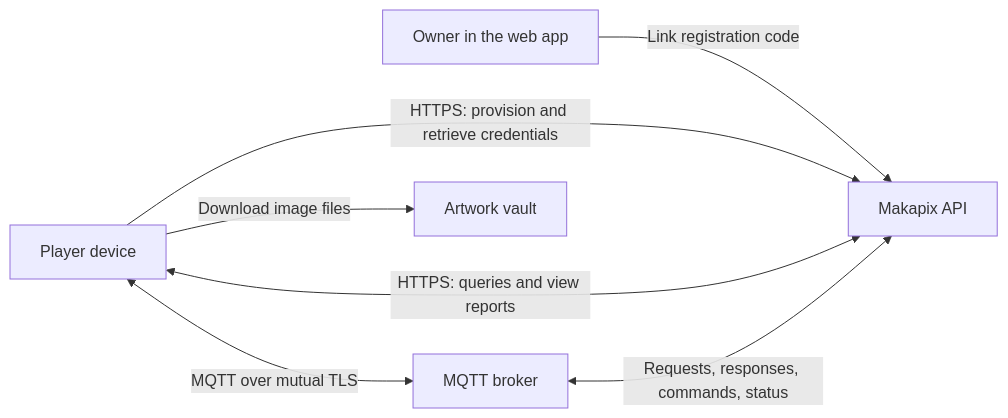
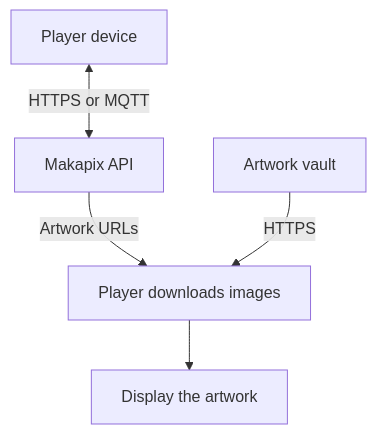
The diagram in docs/player/README.md (fabkury/makapix), drawn with Mermaid before and after one commit. The commit also changed other lines of this file and 3 other files, not shown here.

Commit message:
Improve documentation gallery and diagrams for mobile

````diff
--- a/docs/player/README.md
+++ b/docs/player/README.md
@@ -62,9 +62,7 @@
 ```mermaid
-flowchart LR
-    Owner["Owner in the web app"] -->|"Link registration code"| API["Makapix API"]
-    Player["Player device"] -->|"HTTPS: provision and retrieve credentials"| API
-    Player <-->|"HTTPS: queries and view reports"| API
-    Player <-->|"MQTT over mutual TLS"| Broker["MQTT broker"]
-    Broker <-->|"Requests, responses, commands, status"| API
-    Player -->|"Download image files"| Vault["Artwork vault"]
+flowchart TD
+    Player["Player device"] <-->|HTTPS or MQTT| API["Makapix API"]
+    API -->|Artwork URLs| Download["Player downloads images"]
+    Vault["Artwork vault"] -->|HTTPS| Download
+    Download --> Display["Display the artwork"]
 ```
````
